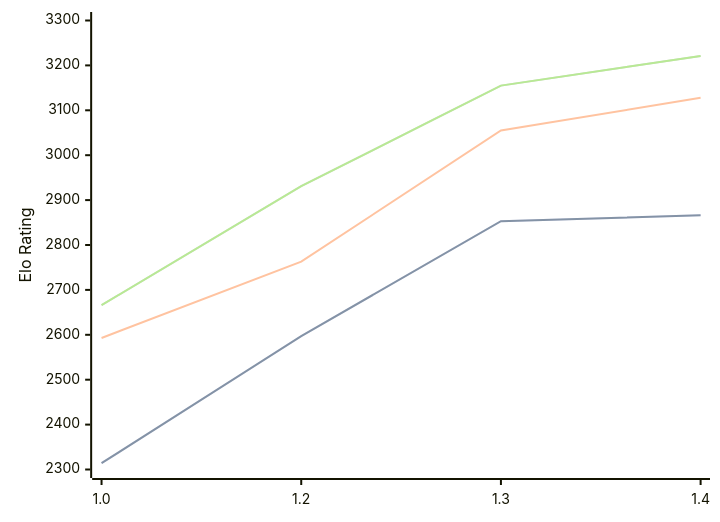
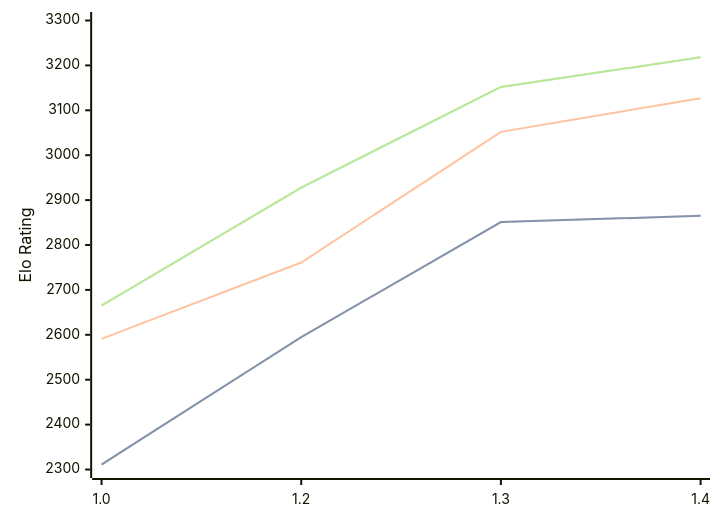
The diagram in engines/Chessnix.md (computer-chess-index/cci), drawn with Mermaid before and after one commit. The commit also changed other lines of this file, not shown here.

Commit message:
Update CCI Ratings (ELO VLTC) - 2026-08-12

````diff
--- a/engines/Chessnix.md
+++ b/engines/Chessnix.md
@@ -34,11 +34,11 @@
 ```mermaid
 %%{init: {"theme":"base","themeVariables":{"seriesColors:['#a3a3a3','#222221','#faa371']}}}%%
 xychart-beta
   x-axis ["1.0", "1.2", "1.3", "1.4"]
   y-axis "Elo Rating" 2300 --> 3300
-  line "STC (8.0+0.08s)" [2314, 2597, 2853, 2866]
-  line "STC (8.0+0.08s)" [2314, 2597, 2853, 2866]
-  line "LTC (60.0+0.60s)" [2593, 2763, 3055, 3128]
-  line "VLTC (2m24s+1.12s)" [2666, 2931, 3155, 3221]
-  line "VLTC (2m24s+1.12s)" [2666, 2931, 3155, 3221]
+  line "STC (8.0+0.08s)" [2311, 2595, 2851, 2865]
+  line "STC (8.0+0.08s)" [2311, 2595, 2851, 2865]
+  line "LTC (60.0+0.60s)" [2591, 2761, 3052, 3127]
+  line "VLTC (2m24s+1.12s)" [2665, 2928, 3152, 3218]
+  line "VLTC (2m24s+1.12s)" [2665, 2928, 3152, 3218]
 ```
````
